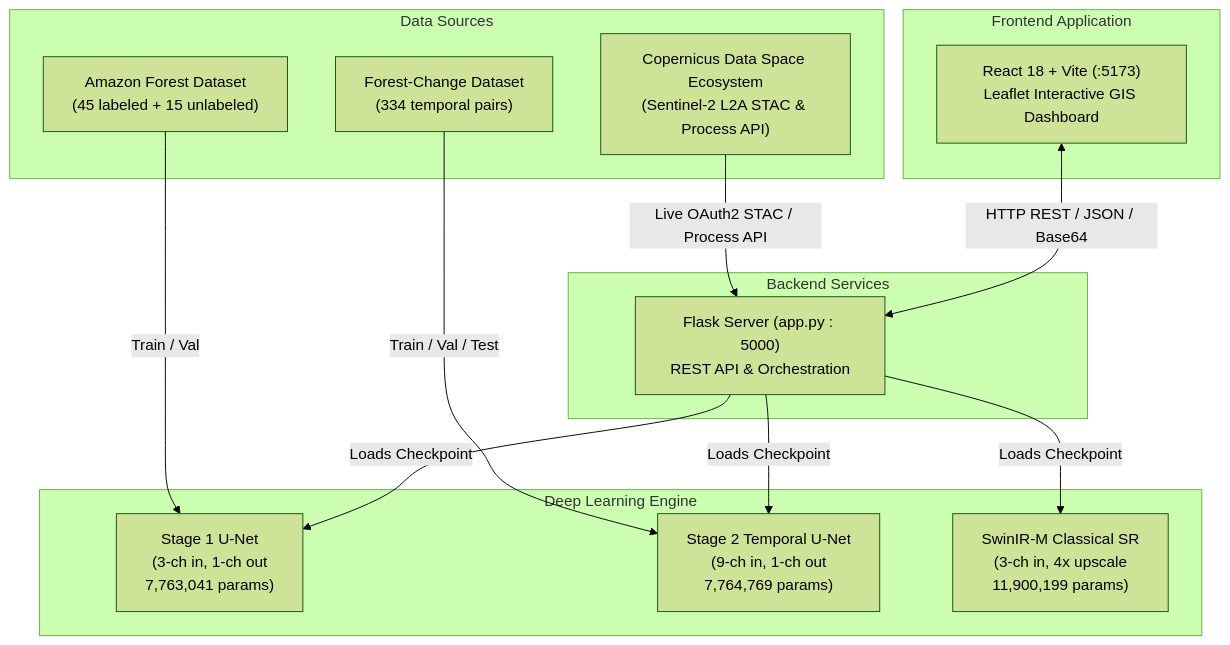
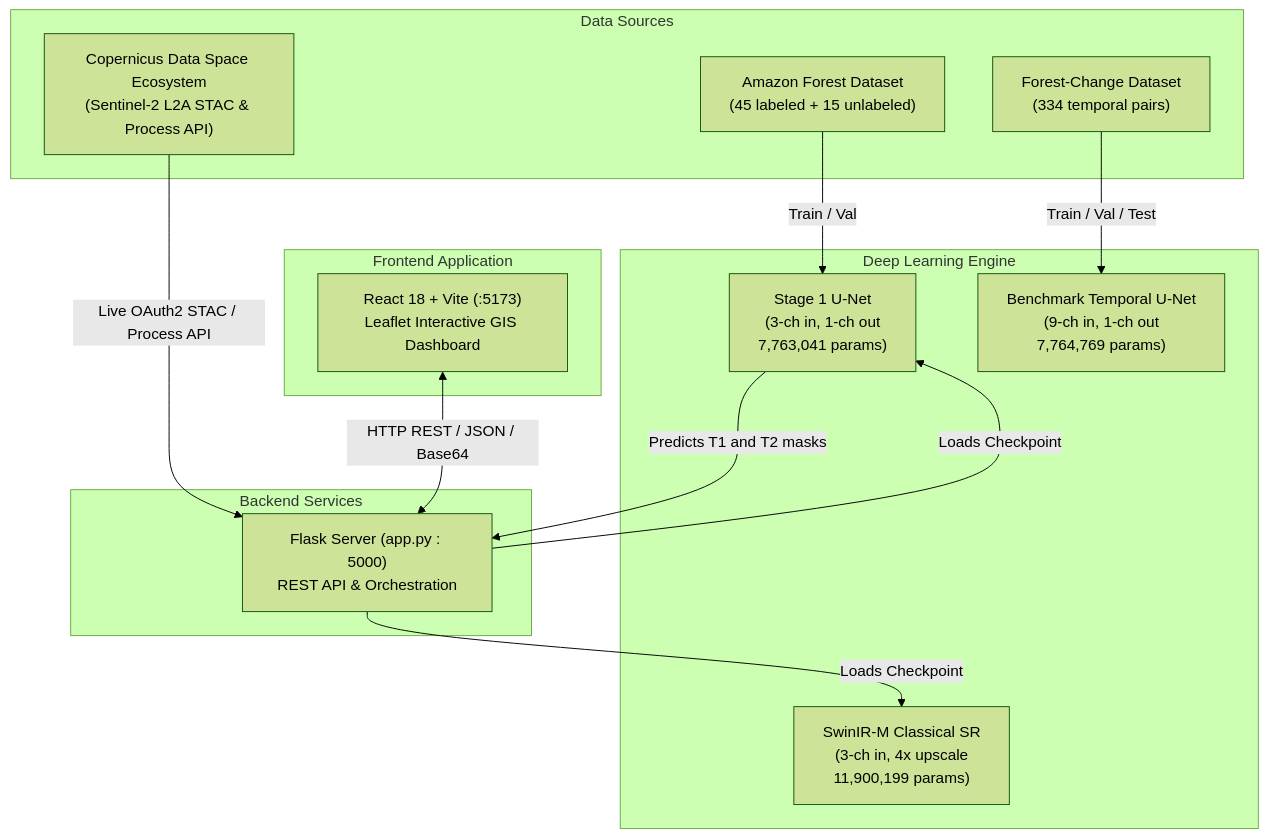
One commit to preetham1das/mini_project_preetham changed the first of 2 diagrams in README.md. Above: the diagram before and after it, drawn with Mermaid (forest theme). The commit also changed other lines of this file and 14 other files, not shown here.

````diff
--- a/README.md
+++ b/README.md
@@ -75,32 +74,32 @@
 ```mermaid
 flowchart TD
     subgraph Data Sources
         D1["Amazon Forest Dataset\n(45 labeled + 15 unlabeled)"]
         D2["Forest-Change Dataset\n(334 temporal pairs)"]
         D3["Copernicus Data Space Ecosystem\n(Sentinel-2 L2A STAC & Process API)"]
     end
 
     subgraph Deep Learning Engine
         M1["Stage 1 U-Net\n(3-ch in, 1-ch out\n7,763,041 params)"]
-        M2["Stage 2 Temporal U-Net\n(9-ch in, 1-ch out\n7,764,769 params)"]
+        M2["Benchmark Temporal U-Net\n(9-ch in, 1-ch out\n7,764,769 params)"]
         M3["SwinIR-M Classical SR\n(3-ch in, 4x upscale\n11,900,199 params)"]
     end
 
     subgraph Backend Services
         B1["Flask Server (app.py : 5000)\nREST API & Orchestration"]
     end
 
     subgraph Frontend Application
         F1["React 18 + Vite (:5173)\nLeaflet Interactive GIS Dashboard"]
     end
 
     D1 -->|Train / Val| M1
     D2 -->|Train / Val / Test| M2
     D3 -->|Live OAuth2 STAC / Process API| B1
 
     B1 -->|Loads Checkpoint| M1
-    B1 -->|Loads Checkpoint| M2
+    M1 -->|Predicts T1 and T2 masks| B1
     B1 -->|Loads Checkpoint| M3
 
     F1 <-->|HTTP REST / JSON / Base64| B1
 ```
````
